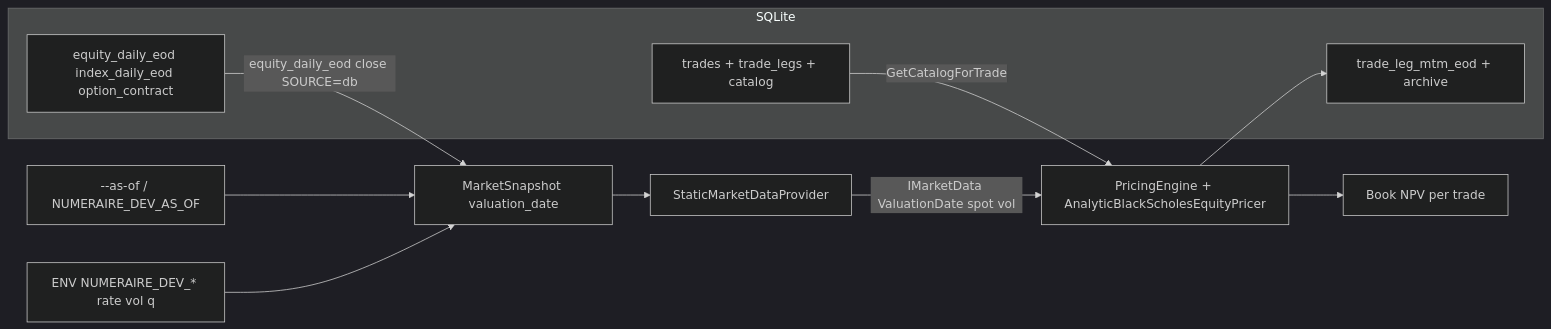
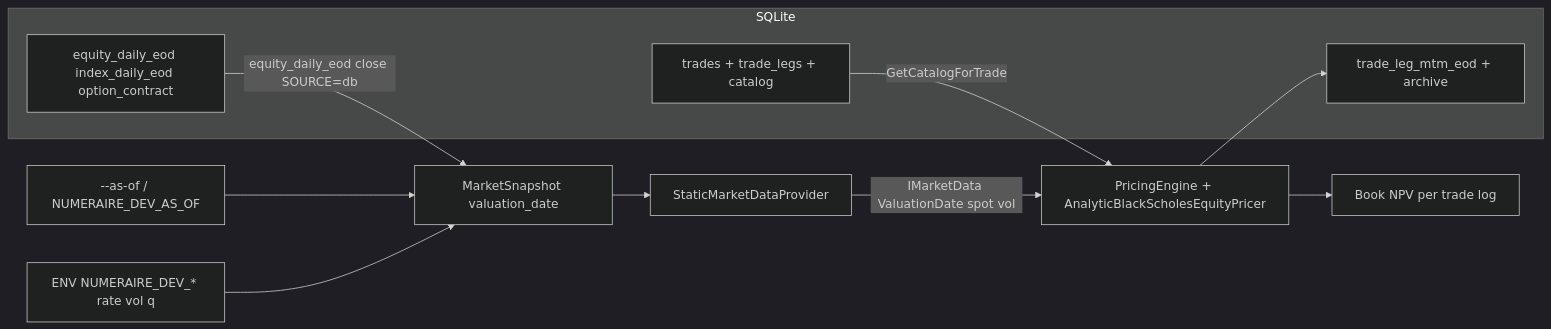
Diagram 11 of 11 in docs/architecture.md (krzysiekbienias/numeraire), drawn with Mermaid (dark theme) before and after one commit. The commit also changed other lines of this file and 7 other files, not shown here.

````diff
--- a/docs/architecture.md
+++ b/docs/architecture.md
@@ -489,17 +545,17 @@
 ```mermaid
 flowchart LR
     subgraph Persisted["SQLite"]
         TR[trades + trade_legs + catalog]
         MD[equity_daily_eod index_daily_eod option_contract]
         MTM[trade_leg_mtm_eod + archive]
     end
 
     ASOF["--as-of / NUMERAIRE_DEV_AS_OF"] --> SNAP[MarketSnapshot valuation_date]
     TR -->|GetCatalogForTrade| PR[PricingEngine + AnalyticBlackScholesEquityPricer]
     ENV[ENV NUMERAIRE_DEV_* rate vol q] --> SNAP
     SNAP --> SMP[StaticMarketDataProvider]
     SMP -->|IMarketData ValuationDate spot vol| PR
     MD -->|equity_daily_eod close SOURCE=db| SNAP
-    PR --> NPV[Book NPV per trade]
+    PR --> NPV[Book NPV per trade log]
     PR --> MTM
 ```
````
